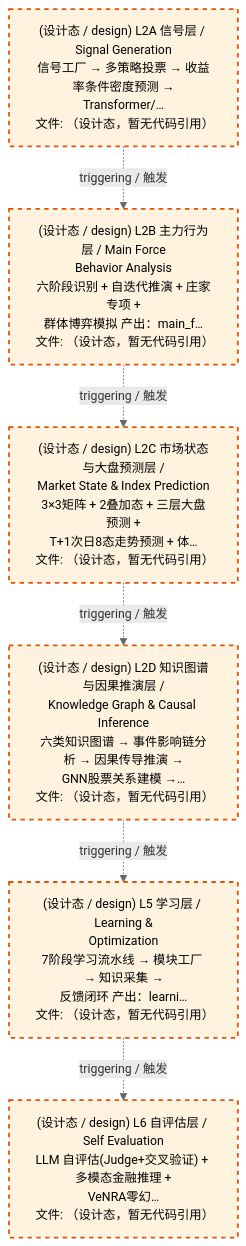
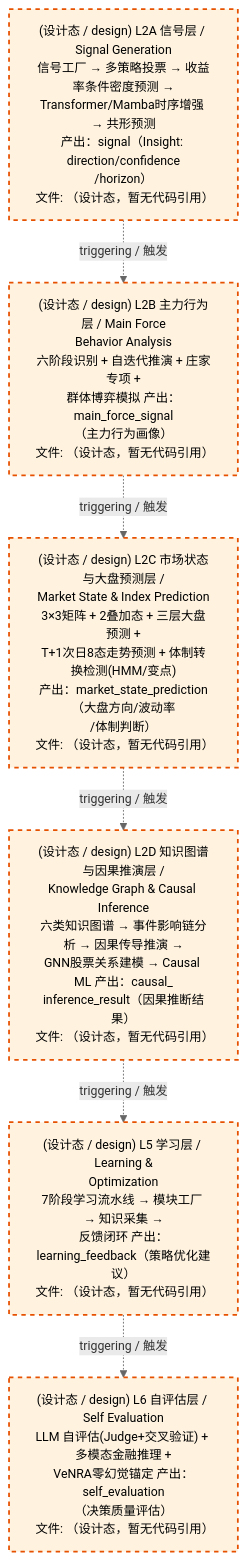
The third of 3 diagrams in docs/02_enterprise_architecture/06_decision_architecture/01_decision_track_model_driven.md (xuanFelixVan/ZephyrAlpha), drawn with Mermaid before and after one commit. The commit also changed other lines of this file and 25 other files, not shown here.

````diff
--- a/docs/02_enterprise_architecture/06_decision_architecture/01_decision_track_model_driven.md
+++ b/docs/02_enterprise_architecture/06_decision_architecture/01_decision_track_model_driven.md
@@ -98,20 +98,20 @@
 ```mermaid
 %%{init: {'theme': 'base', 'themeVariables': {'primaryColor': '#eaeaea', 'primaryTextColor': '#333333', 'primaryBorderColor': '#666666', 'lineColor': '#666666', 'secondaryColor': '#eaeaea', 'tertiaryColor': '#eaeaea', 'clusterBkg': 'transparent', 'clusterBorder': 'transparent', 'fontSize': '14px'}}}%%
 flowchart TD
-    LL2A["(设计态 / design) L2A 信号层 / Signal Generation<br/>信号工厂 → 多策略投票 → 收益率条件密度预测 →<br/>Transformer/…<br/>文件: （设计态，暂无代码引用）"]
-    LL2B["(设计态 / design) L2B 主力行为层 / Main Force<br/>Behavior Analysis<br/>六阶段识别 + 自迭代推演 + 庄家专项 +<br/>群体博弈模拟 产出：main_f…<br/>文件: （设计态，暂无代码引用）"]
-    LL2C["(设计态 / design) L2C 市场状态与大盘预测层 /<br/>Market State & Index Prediction<br/>3×3矩阵 + 2叠加态 + 三层大盘预测 +<br/>T+1次日8态走势预测 + 体…<br/>文件: （设计态，暂无代码引用）"]
-    LL2D["(设计态 / design) L2D 知识图谱与因果推演层 /<br/>Knowledge Graph & Causal Inference<br/>六类知识图谱 → 事件影响链分析 → 因果传导推演 →<br/>GNN股票关系建模 →…<br/>文件: （设计态，暂无代码引用）"]
-    LL5["(设计态 / design) L5 学习层 / Learning &<br/>Optimization<br/>7阶段学习流水线 → 模块工厂 → 知识采集 →<br/>反馈闭环 产出：learni…<br/>文件: （设计态，暂无代码引用）"]
-    LL6["(设计态 / design) L6 自评估层 / Self Evaluation<br/>LLM 自评估(Judge+交叉验证) + 多模态金融推理 +<br/>VeNRA零幻…<br/>文件: （设计态，暂无代码引用）"]
+    LL2A["(设计态 / design) L2A 信号层 / Signal Generation<br/>信号工厂 → 多策略投票 → 收益率条件密度预测 →<br/>Transformer/Mamba时序增强 → 共形预测<br/>产出：signal（Insight: direction/confidence<br/>/horizon）<br/>文件: （设计态，暂无代码引用）"]
+    LL2B["(设计态 / design) L2B 主力行为层 / Main Force<br/>Behavior Analysis<br/>六阶段识别 + 自迭代推演 + 庄家专项 +<br/>群体博弈模拟 产出：main_force_signal<br/>（主力行为画像）<br/>文件: （设计态，暂无代码引用）"]
+    LL2C["(设计态 / design) L2C 市场状态与大盘预测层 /<br/>Market State & Index Prediction<br/>3×3矩阵 + 2叠加态 + 三层大盘预测 +<br/>T+1次日8态走势预测 + 体制转换检测(HMM/变点)<br/>产出：market_state_prediction（大盘方向/波动率<br/>/体制判断）<br/>文件: （设计态，暂无代码引用）"]
+    LL2D["(设计态 / design) L2D 知识图谱与因果推演层 /<br/>Knowledge Graph & Causal Inference<br/>六类知识图谱 → 事件影响链分析 → 因果传导推演 →<br/>GNN股票关系建模 → Causal ML 产出：causal_<br/>inference_result（因果推断结果）<br/>文件: （设计态，暂无代码引用）"]
+    LL5["(设计态 / design) L5 学习层 / Learning &<br/>Optimization<br/>7阶段学习流水线 → 模块工厂 → 知识采集 →<br/>反馈闭环 产出：learning_feedback（策略优化建议）<br/>文件: （设计态，暂无代码引用）"]
+    LL6["(设计态 / design) L6 自评估层 / Self Evaluation<br/>LLM 自评估(Judge+交叉验证) + 多模态金融推理 +<br/>VeNRA零幻觉锚定 产出：self_evaluation<br/>（决策质量评估）<br/>文件: （设计态，暂无代码引用）"]
     LL2A -.->|triggering / 触发| LL2B
     LL2B -.->|triggering / 触发| LL2C
     LL2C -.->|triggering / 触发| LL2D
     LL2D -.->|triggering / 触发| LL5
     LL5 -.->|triggering / 触发| LL6
     classDef production fill:#e1f5fe,stroke:#01579b,stroke-width:2px,color:#000
     classDef design fill:#fff3e0,stroke:#e65100,stroke-width:2px,color:#000,stroke-dasharray: 5 5
     classDef external_prod fill:#e8f4fd,stroke:#0277bd,stroke-width:1px,color:#000
     classDef external_design fill:#fff8e7,stroke:#ef6c00,stroke-width:1px,color:#000,stroke-dasharray: 5 5
     class LL2A,LL2B,LL2C,LL2D,LL5,LL6 design
 ```
````
